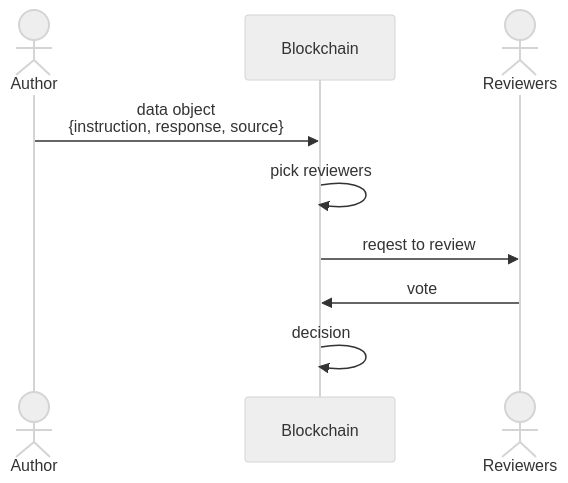
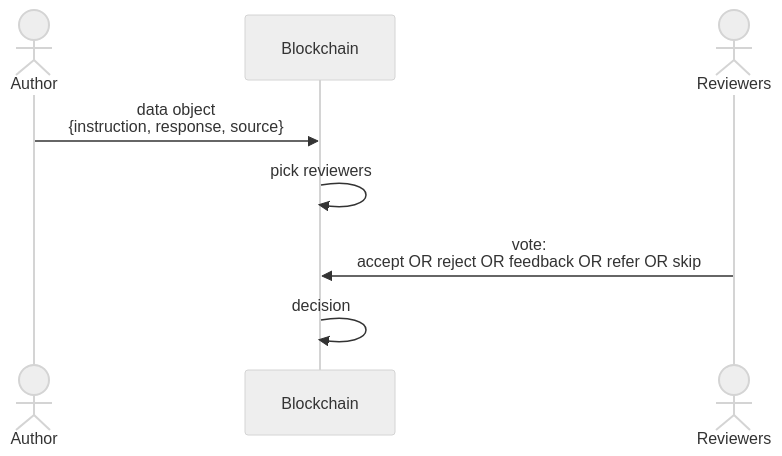
One commit to kirilligum/ethonline2023-goodprompt changed the diagram in visuals/ux.mmd. Above: the diagram before and after it, drawn with Mermaid (neutral theme). The commit also changed 1 other file, not shown here.

```diff
--- a/visuals/ux.mmd
+++ b/visuals/ux.mmd
@@ -1,9 +1,8 @@
 sequenceDiagram
   actor a as Author
   participant b as Blockchain
   actor r as Reviewers
   a ->> b: data object<br/>{instruction, response, source}
   b ->> b: pick reviewers
-  b ->> r: reqest to review
-  r ->> b: vote
+  r ->> b: vote:<br/>accept OR reject OR feedback OR refer OR skip
   b ->> b: decision
```
